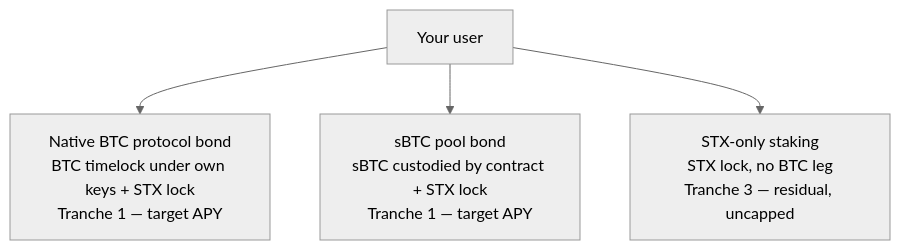
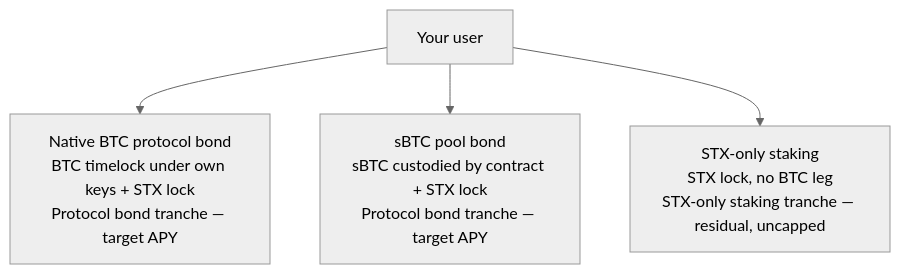
The fourth of 4 diagrams in docs/pox-5/concepts.md (stacks-network/docs), drawn with Mermaid (neutral theme) before and after one commit. The commit also changed other lines of this file and 6 other files, not shown here.

Commit message:
GITBOOK-14: Tranche naming: use full tranche names, numbers only in the glossary, consistent bonds → STX-only →

````diff
--- a/docs/pox-5/concepts.md
+++ b/docs/pox-5/concepts.md
@@ -115,6 +115,6 @@
 ```mermaid
 flowchart TD
-    U["Your user"] --> A["Native BTC protocol bond<br/>BTC timelock under own keys + STX lock<br/>Tranche 1 — target APY"]
-    U --> B["sBTC pool bond<br/>sBTC custodied by contract + STX lock<br/>Tranche 1 — target APY"]
-    U --> C["STX-only staking<br/>STX lock, no BTC leg<br/>Tranche 3 — residual, uncapped"]
+    U["Your user"] --> A["Native BTC protocol bond<br/>BTC timelock under own keys + STX lock<br/>Protocol bond tranche — target APY"]
+    U --> B["sBTC pool bond<br/>sBTC custodied by contract + STX lock<br/>Protocol bond tranche — target APY"]
+    U --> C["STX-only staking<br/>STX lock, no BTC leg<br/>STX-only staking tranche — residual, uncapped"]
 ```
````
